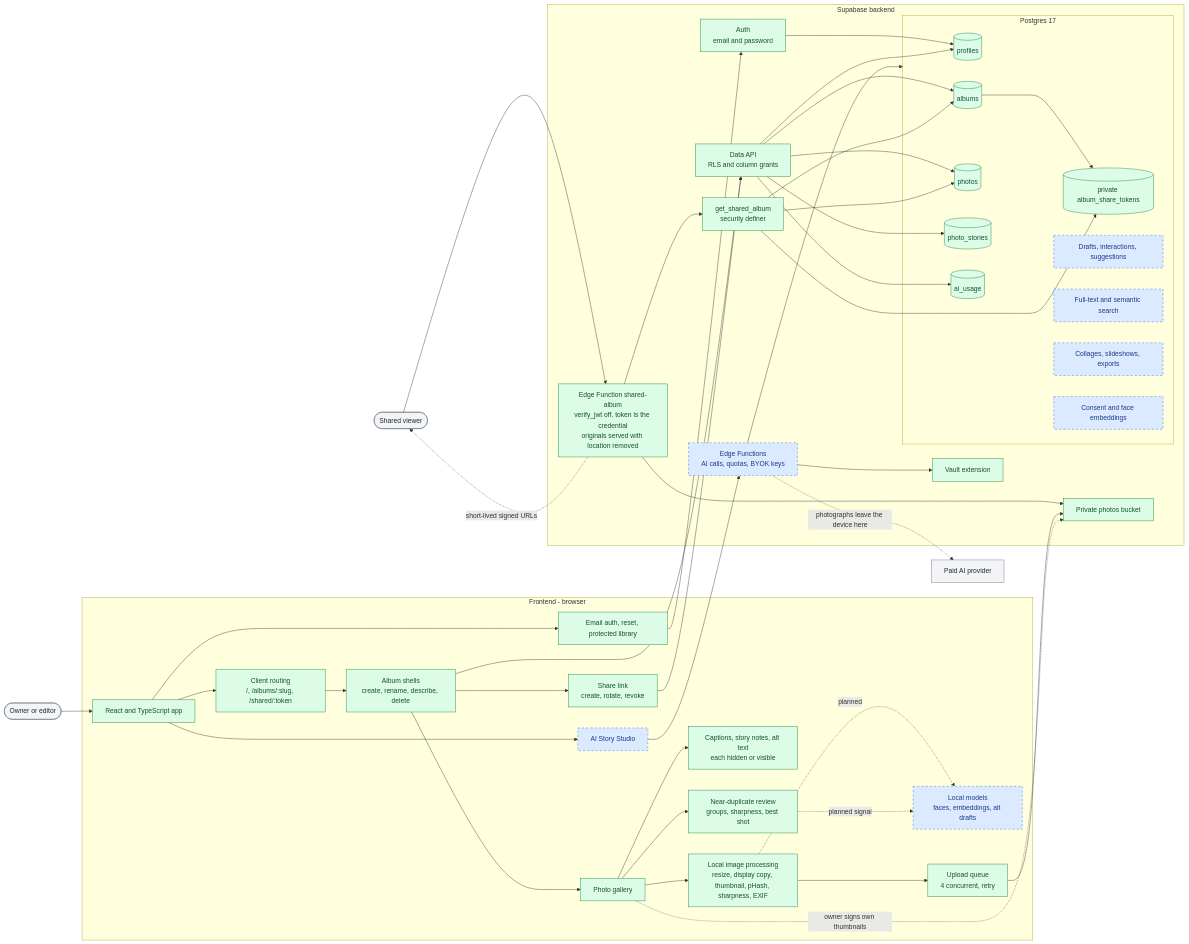
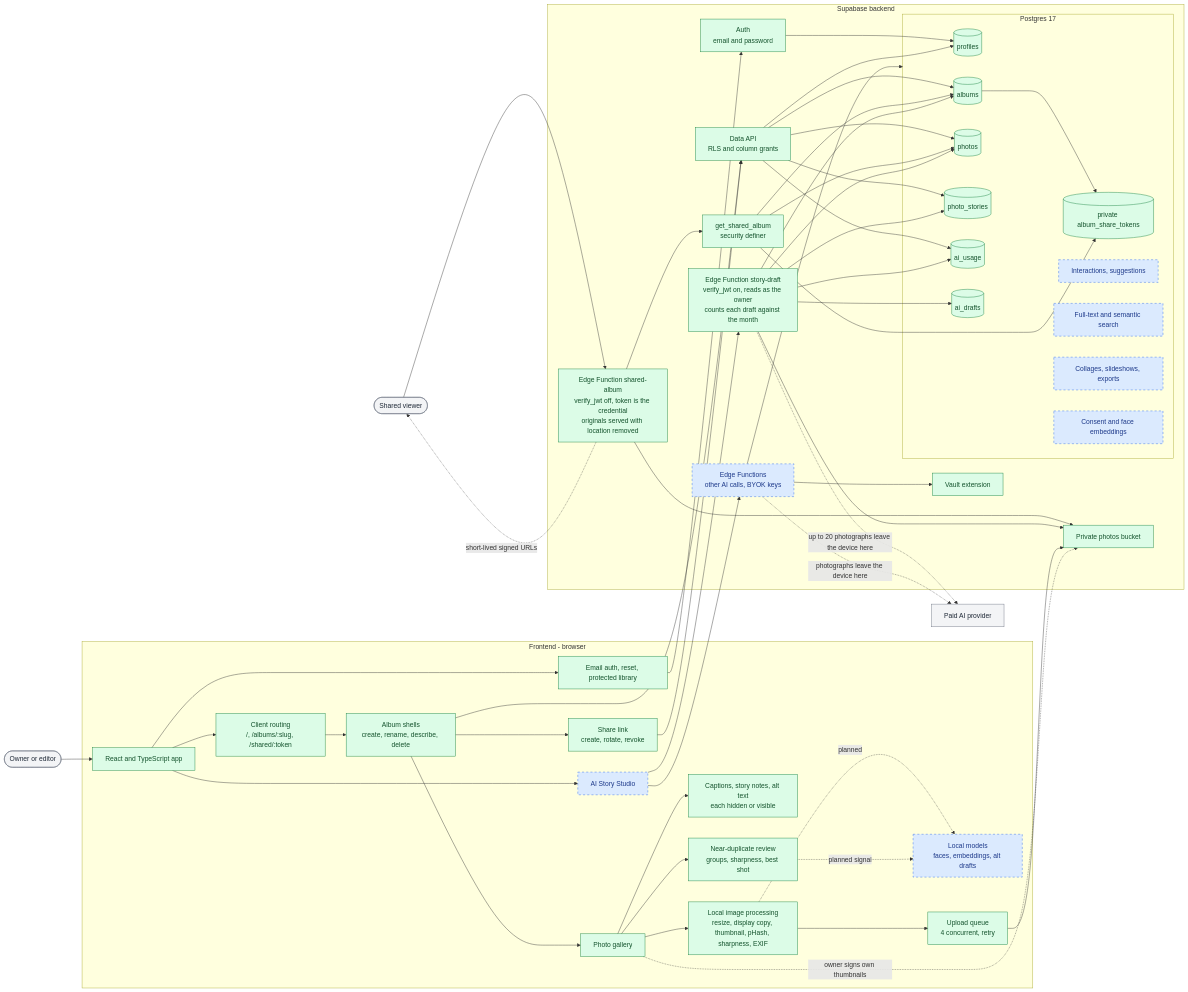
One commit to Elizabeth1979/albums-studio changed the first of 3 diagrams in docs/project-structure.md. Above: the diagram before and after it, drawn with Mermaid. The commit also changed other lines of this file and 9 other files, not shown here.

First line of the commit message:
Draft an album's story with AI, edit it, and use it

```diff
--- a/docs/project-structure.md
+++ b/docs/project-structure.md
@@ -86,15 +88,17 @@
             Photos[(photos)]:::current
             Stories[(photo_stories)]:::current
             Usage[(ai_usage)]:::current
+            Drafts[(ai_drafts)]:::current
             Tokens[(private album_share_tokens)]:::current
-            AISchema["Drafts, interactions, suggestions"]:::planned
+            AISchema["Interactions, suggestions"]:::planned
             SearchSchema["Full-text and semantic search"]:::planned
             OutputSchema["Collages, slideshows, exports"]:::planned
             FaceSchema["Consent and face embeddings"]:::planned
         end
 
         EdgeShare["Edge Function shared-album<br/>verify_jwt off, token is the credential<br/>originals served with location removed"]:::current
-        EdgeAI["Edge Functions<br/>AI calls, quotas, BYOK keys"]:::planned
+        EdgeStory["Edge Function story-draft<br/>verify_jwt on, reads as the owner<br/>counts each draft against the month"]:::current
+        EdgeAI["Edge Functions<br/>other AI calls, BYOK keys"]:::planned
 
         Auth --> Profiles
         DataAPI --> Albums & Photos & Stories & Profiles & Usage
@@ -102,6 +106,8 @@
         RPC --> Albums & Photos & Tokens
         EdgeShare --> RPC
         EdgeShare --> Storage
+        EdgeStory --> Albums & Photos & Stories & Drafts & Usage
+        EdgeStory --> Storage
         EdgeAI --> Database
         EdgeAI --> Vault
     end
@@ -112,6 +118,8 @@
     ShareUI --> DataAPI
     Upload --> Storage
     PhotoUI -. "owner signs own thumbnails" .-> Storage
+    Studio --> EdgeStory
+    EdgeStory -. "up to 20 photographs leave the device here" .-> Provider
     Studio --> EdgeAI
     EdgeAI -. "photographs leave the device here" .-> Provider
     Viewer --> EdgeShare
```
